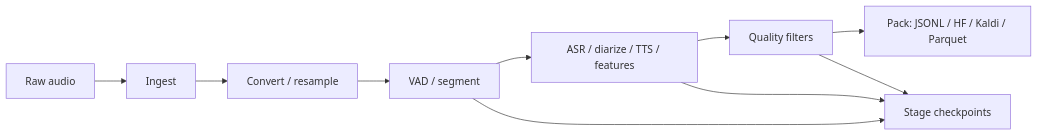
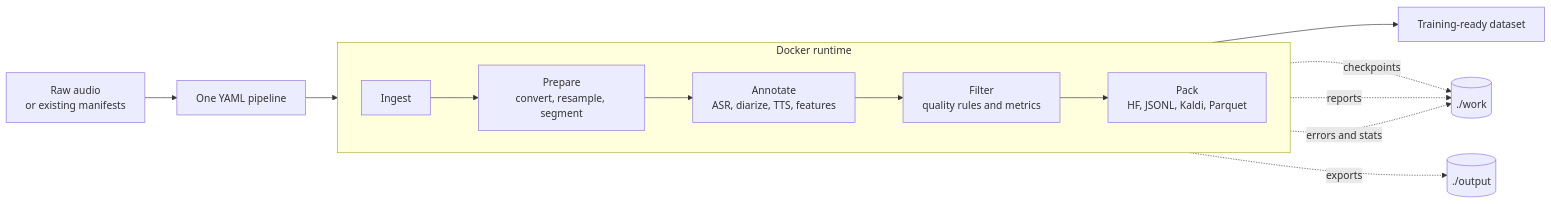
One commit to XqFeng-Josie/VoxKitchen changed the diagram in README.md. Above: the diagram before and after it, drawn with Mermaid. The commit also changed other lines of this file and 27 other files, not shown here.

````diff
--- a/README.md
+++ b/README.md
@@ -91,12 +99,20 @@
 ```mermaid
 flowchart LR
-  A[Raw audio] --> B[Ingest]
-  B --> C[Convert / resample]
-  C --> D[VAD / segment]
-  D --> E[ASR / diarize / TTS / features]
-  E --> F[Quality filters]
-  F --> G[Pack: JSONL / HF / Kaldi / Parquet]
-  D --> H[Stage checkpoints]
-  E --> H
-  F --> H
+  A[Raw audio<br/>or existing manifests] --> B[One YAML pipeline]
+
+  subgraph R[Docker runtime]
+    direction LR
+    C[Ingest] --> D[Prepare<br/>convert, resample, segment]
+    D --> E[Annotate<br/>ASR, diarize, TTS, features]
+    E --> F[Filter<br/>quality rules and metrics]
+    F --> G[Pack<br/>HF, JSONL, Kaldi, Parquet]
+  end
+
+  B --> C
+  G --> H[Training-ready dataset]
+
+  D -. checkpoints .-> W[(./work)]
+  E -. reports .-> W
+  F -. errors and stats .-> W
+  G -. exports .-> O[(./output)]
 ```
````
